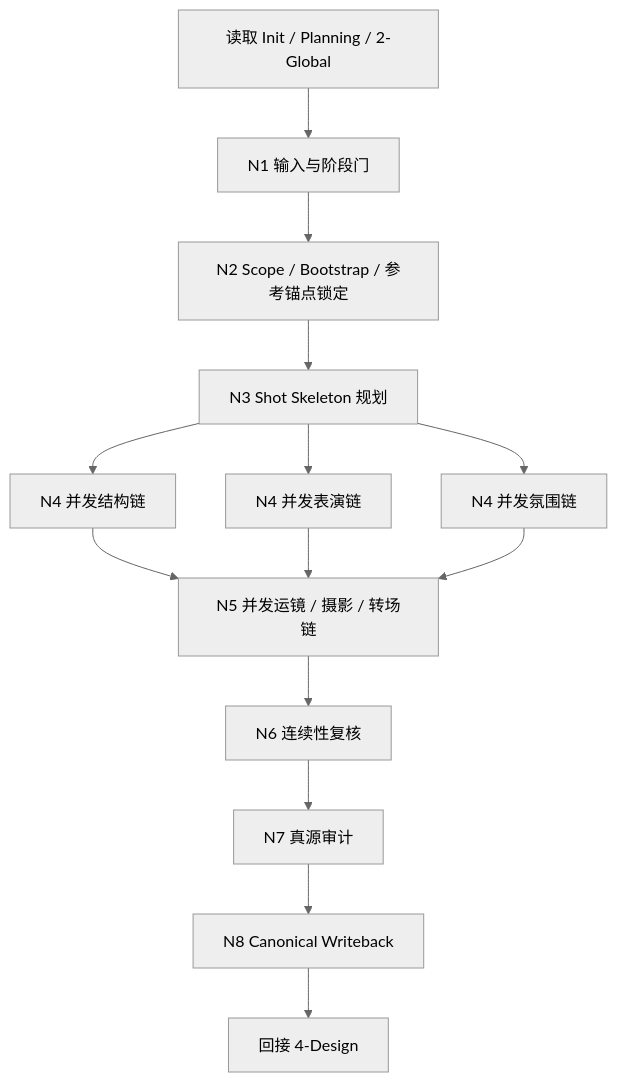
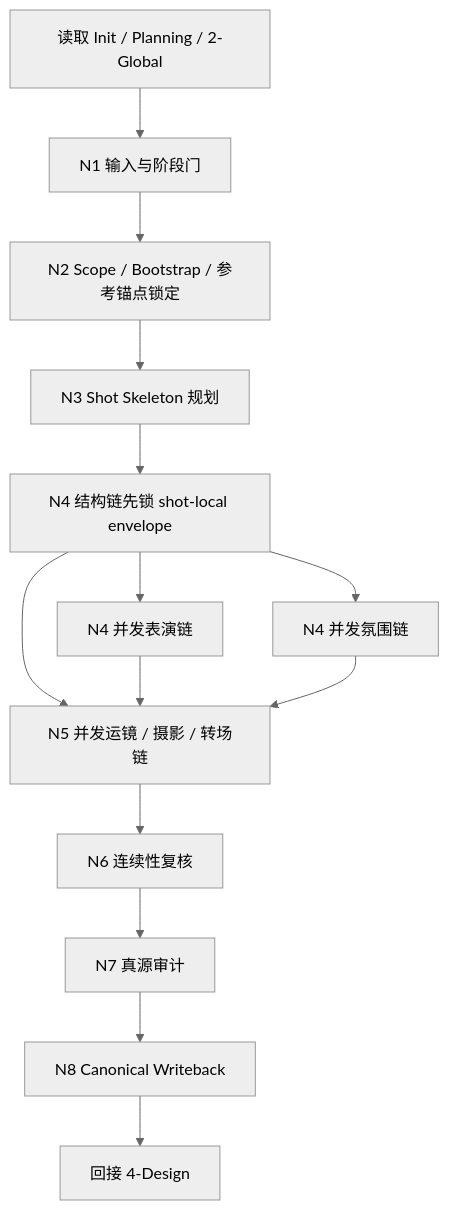
One commit to ZEN-VOID/AI-CUT changed the first of 4 diagrams in .agents/skills/aigc/3-Detail/SKILL.md. Above: the diagram before and after it, drawn with Mermaid (neutral theme). The commit also changed other lines of this file and 25 other files, not shown here.

````diff
--- a/.agents/skills/aigc/3-Detail/SKILL.md
+++ b/.agents/skills/aigc/3-Detail/SKILL.md
@@ -136,16 +137,16 @@
 ```mermaid
 flowchart TD
     A["读取 Init / Planning / 2-Global"] --> B["N1 输入与阶段门"]
     B --> C["N2 Scope / Bootstrap / 参考锚点锁定"]
     C --> D["N3 Shot Skeleton 规划"]
-    D --> E["N4 并发结构链"]
-    D --> F["N4 并发表演链"]
-    D --> G["N4 并发氛围链"]
+    D --> E["N4 结构链先锁 shot-local envelope"]
+    E --> F["N4 并发表演链"]
+    E --> G["N4 并发氛围链"]
     E --> H["N5 并发运镜 / 摄影 / 转场链"]
     F --> H
     G --> H
     H --> I["N6 连续性复核"]
     I --> J["N7 真源审计"]
     J --> K["N8 Canonical Writeback"]
     K --> L["回接 4-Design"]
 ```
````
